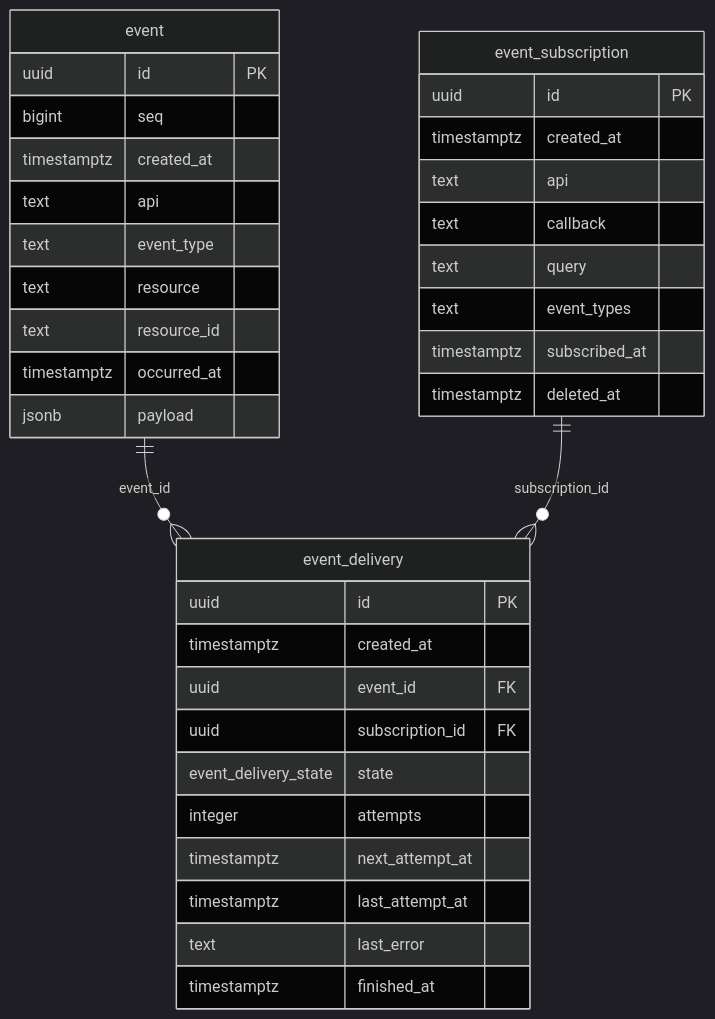
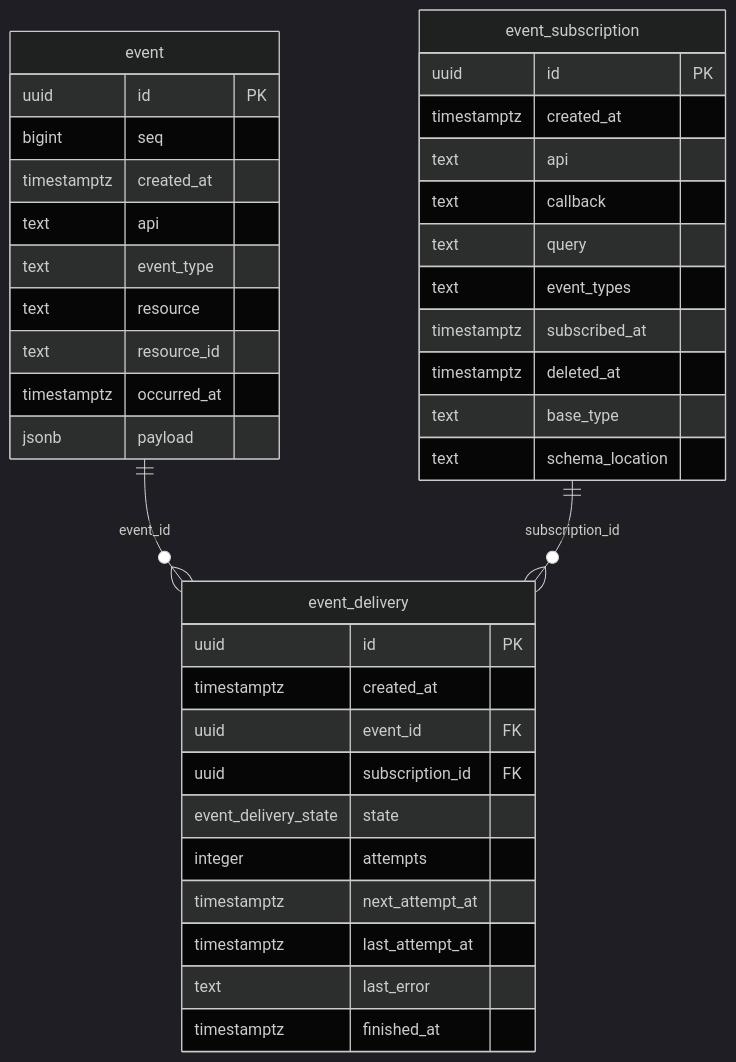
Before and after one commit to altharmz/bss: the eighth of 8 diagrams in docs/db/README.md, drawn with Mermaid (dark theme). The commit also changed other lines of this file and 68 other files, not shown here.

````diff
--- a/docs/db/README.md
+++ b/docs/db/README.md
@@ -664,38 +705,40 @@
 ```mermaid
 erDiagram
   event_subscription {
     uuid id PK
     timestamptz created_at
     text api
     text callback
     text query
     text event_types
     timestamptz subscribed_at
     timestamptz deleted_at
+    text base_type
+    text schema_location
   }
   event {
     uuid id PK
     bigint seq
     timestamptz created_at
     text api
     text event_type
     text resource
     text resource_id
     timestamptz occurred_at
     jsonb payload
   }
   event_delivery {
     uuid id PK
     timestamptz created_at
     uuid event_id FK
     uuid subscription_id FK
     event_delivery_state state
     integer attempts
     timestamptz next_attempt_at
     timestamptz last_attempt_at
     text last_error
     timestamptz finished_at
   }
   event ||--o{ event_delivery : "event_id"
   event_subscription ||--o{ event_delivery : "subscription_id"
 ```
````
